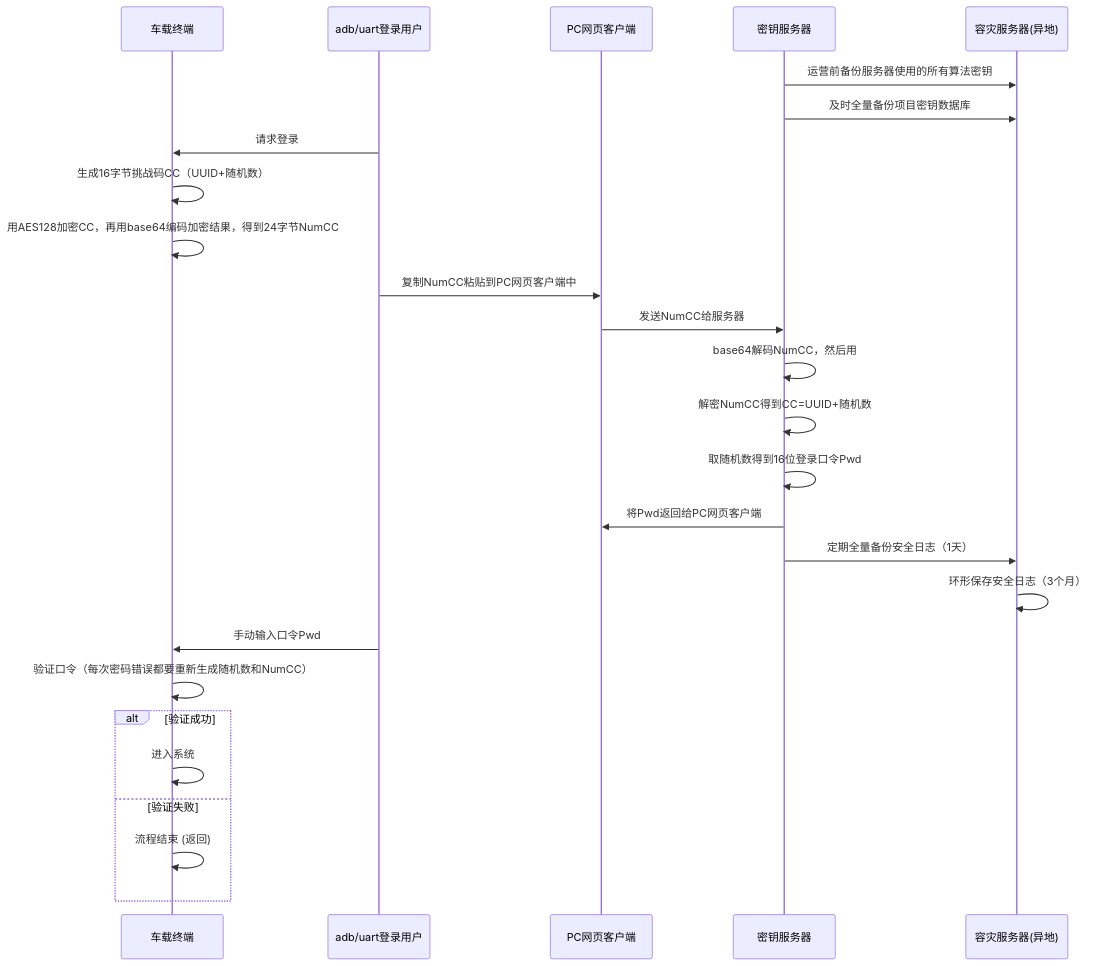
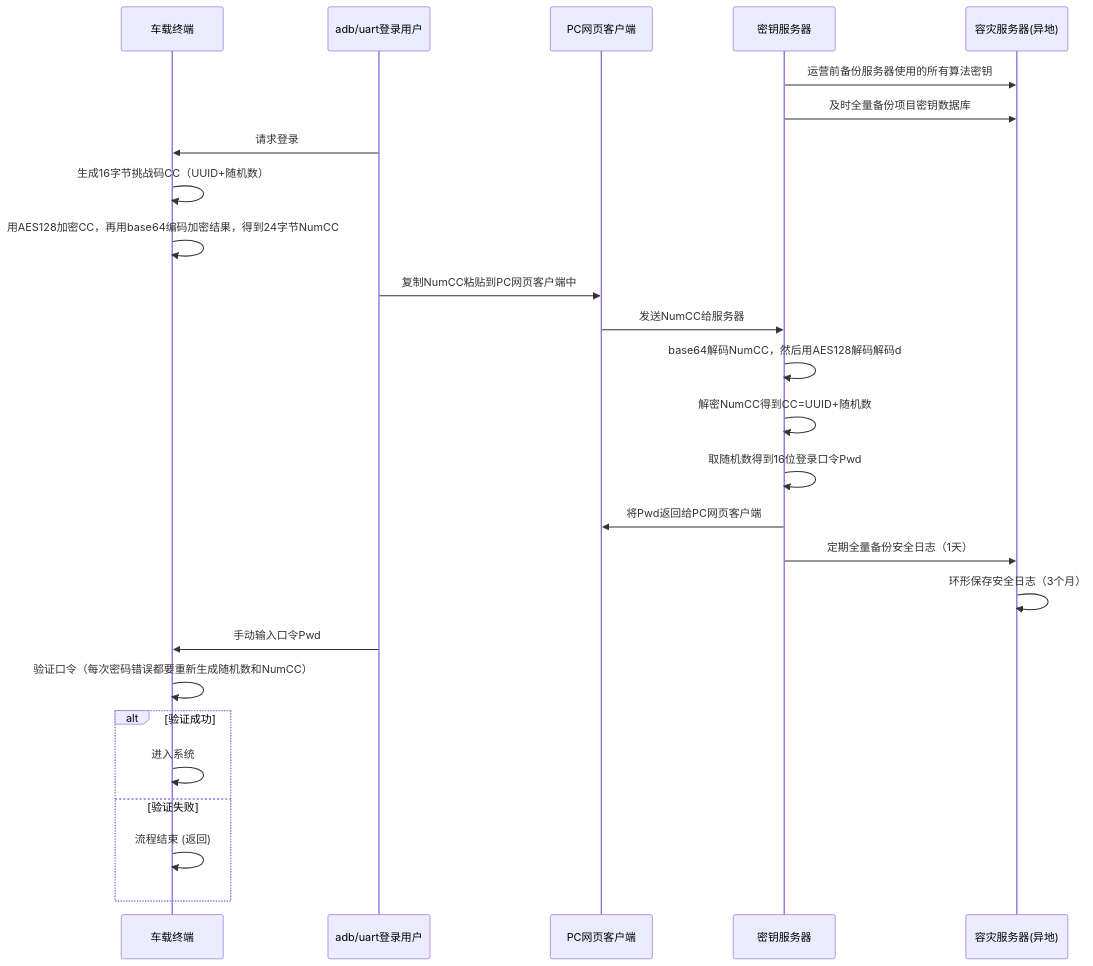
One commit to facebook-cloud/iodraw-files changed the diagram in all/未命名-19.md. Above: the diagram before and after it, drawn with Mermaid.

Commit message:
2026-03-19 16:46:52 update

````diff
--- a/all/未命名-19.md
+++ b/all/未命名-19.md
@@ -1,33 +1,33 @@
 ```mermaid
 sequenceDiagram
     participant tbox as 车载终端
     participant user as adb/uart登录用户
     participant pc as PC网页客户端
     participant tech_center as 密钥服务器
     participant backup as 容灾服务器(异地)
   
     tech_center->>backup: 运营前备份服务器使用的所有算法密钥
     tech_center->>backup: 及时全量备份项目密钥数据库
 
     user->>tbox: 请求登录
     tbox->>tbox: 生成16字节挑战码CC（UUID+随机数）
     tbox->>tbox: 用AES128加密CC，再用base64编码加密结果，得到24字节NumCC
     user->>pc: 复制NumCC粘贴到PC网页客户端中
     pc->>tech_center: 发送NumCC给服务器
-    tech_center->>tech_center: base64解码NumCC，然后用
+    tech_center->>tech_center: base64解码NumCC，然后用AES128解码解码d
     tech_center->>tech_center: 解密NumCC得到CC=UUID+随机数
     tech_center->>tech_center: 取随机数得到16位登录口令Pwd
     tech_center->>pc: 将Pwd返回给PC网页客户端
 
     tech_center->>backup: 定期全量备份安全日志（1天）
     backup->>backup: 环形保存安全日志（3个月）
     user->>tbox: 手动输入口令Pwd
     tbox->>tbox: 验证口令（每次密码错误都要重新生成随机数和NumCC）
     alt 验证成功
         tbox->>tbox: 进入系统
     else 验证失败
         tbox->>tbox: 流程结束 (返回)
     end
 
 
 ```
````
